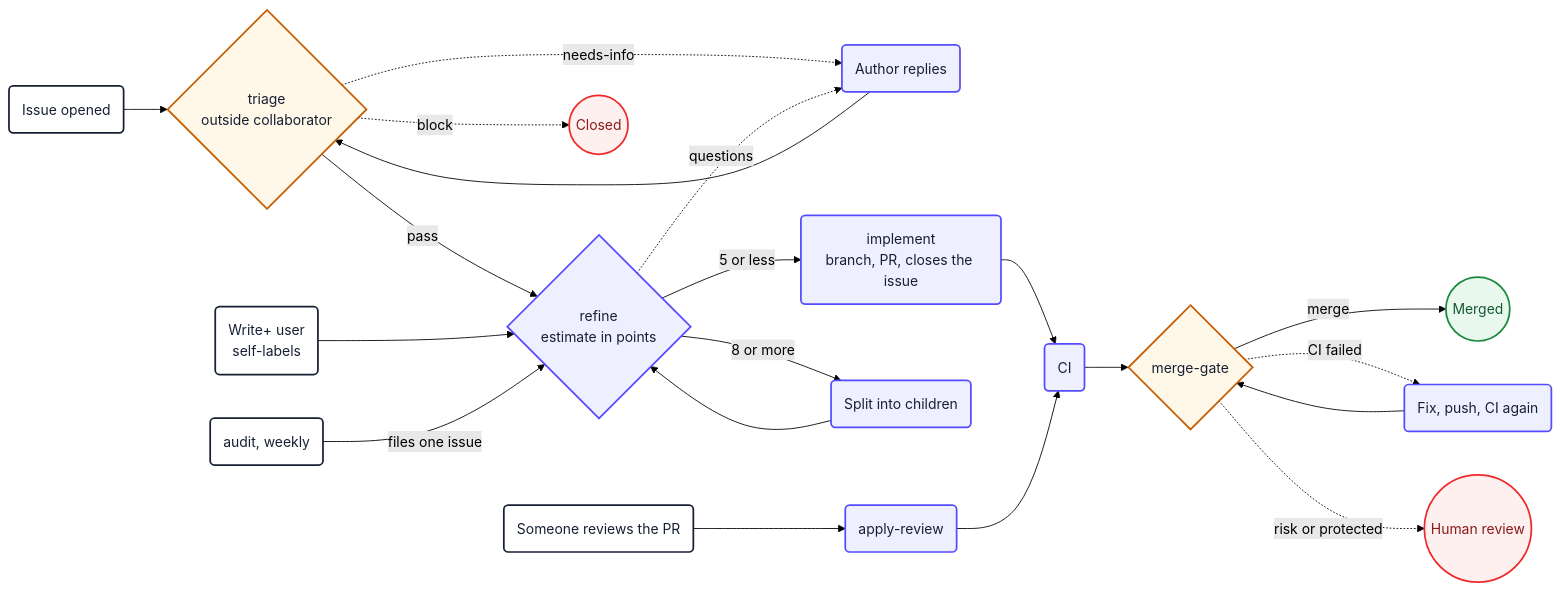
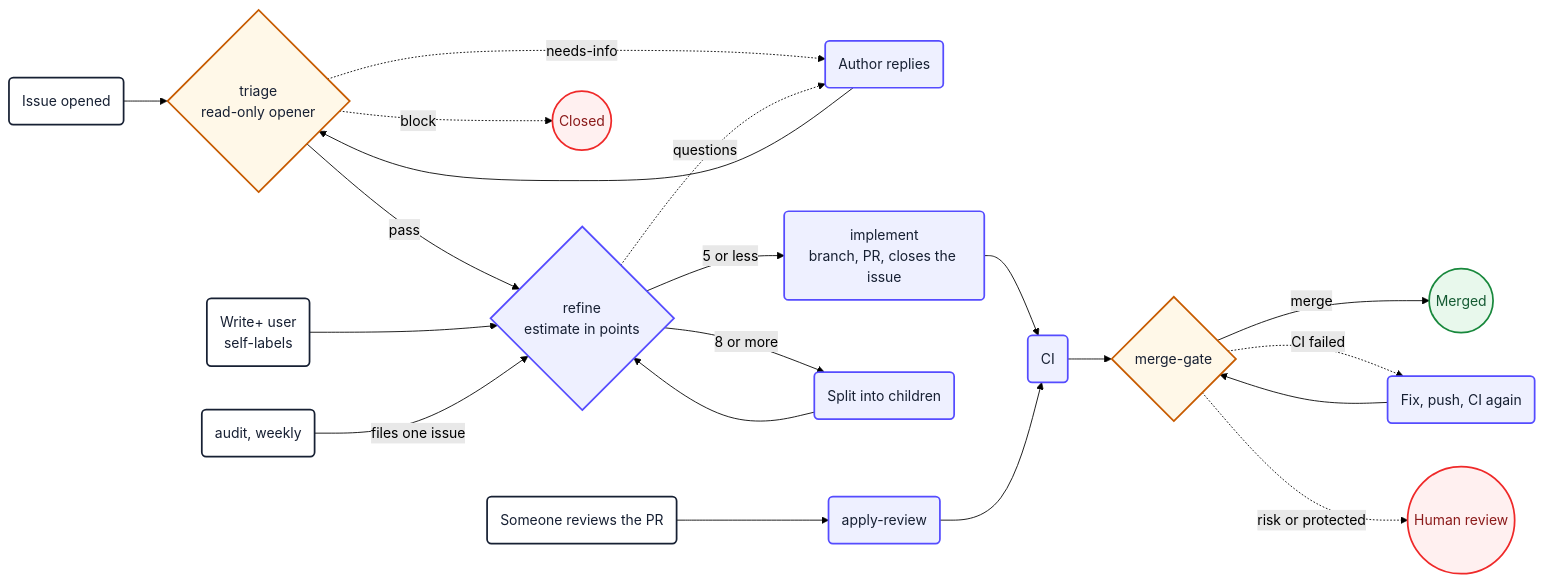
One commit to PlainConceptsPlatform/agentic-workflows changed the second of 13 diagrams in loops/docs/diagrams.md. Above: the diagram before and after it, drawn with Mermaid (forest theme). The commit also changed other lines of this file and 10 other files, not shown here.

````diff
--- a/loops/docs/diagrams.md
+++ b/loops/docs/diagrams.md
@@ -79,29 +79,29 @@
 ```mermaid
 flowchart LR
     open("Issue opened") --> triage
-    triage{"triage<br/>outside collaborator"} -->|pass| refine
+    triage{"triage<br/>read-only opener"} -->|pass| refine
     triage -.->|block| closed(("Closed"))
     triage -.->|needs-info| author("Author replies") --> triage
     write("Write+ user<br/>self-labels") --> refine
     refine{"refine<br/>estimate in points"} -->|"5 or less"| implement
     refine -->|"8 or more"| split("Split into children") --> refine
     refine -.->|questions| author
     implement("implement<br/>branch, PR, closes the issue") --> ci("CI")
     ci --> gate{"merge-gate"}
     gate -->|merge| merged(("Merged"))
     gate -.->|"CI failed"| fix("Fix, push, CI again") --> gate
     gate -.->|"risk or protected"| human(("Human review"))
     review("Someone reviews the PR") --> applyReview("apply-review") --> ci
     audit("audit, weekly") -->|"files one issue"| refine
 
     classDef action fill:#eef0ff,stroke:#554cff,stroke-width:2px,color:#172033
     classDef decision fill:#fff8e8,stroke:#c75b00,stroke-width:2px,color:#172033
     classDef failure fill:#fff0f0,stroke:#ef2929,stroke-width:2px,color:#8b1a1a
     classDef success fill:#e8f8ec,stroke:#18883c,stroke-width:2px,color:#145a32
     classDef start fill:#ffffff,stroke:#172033,stroke-width:2px,color:#172033
     class open,write,review,audit start
     class refine,split,implement,ci,fix,applyReview,author action
     class triage,gate decision
     class human,closed failure
     class merged success
 ```
````
